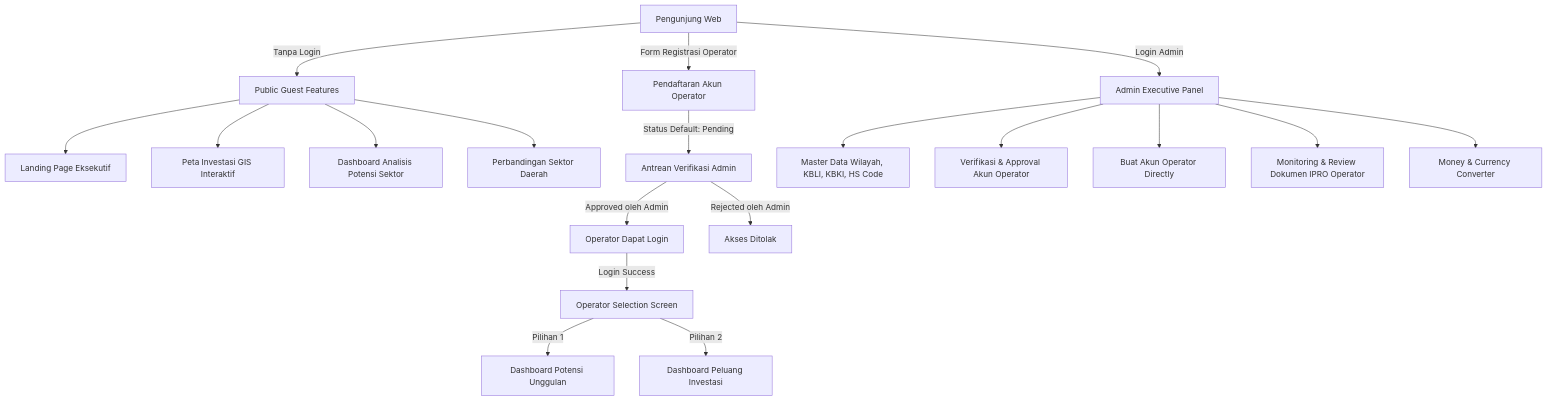
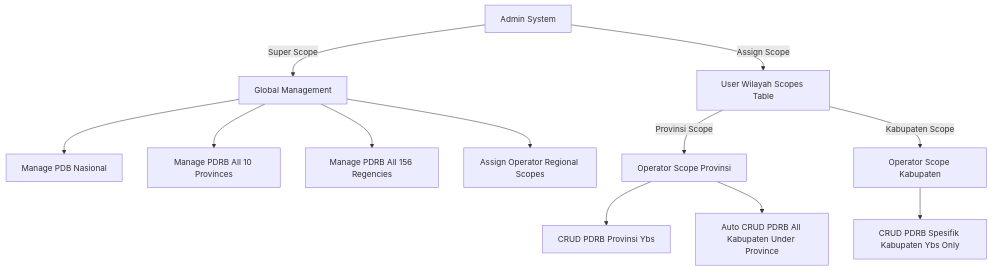
One commit to coderdestroyer/app-desi changed the diagram in PRD.md. Above: the diagram before and after it, drawn with Mermaid. The commit also changed other lines of this file and 1 other file, not shown here.

````diff
--- a/PRD.md
+++ b/PRD.md
@@ -64,24 +33,17 @@
 ```mermaid
 graph TD
-    A[Pengunjung Web] -->|Tanpa Login| B[Public Guest Features]
-    B --> B1[Landing Page Eksekutif]
-    B --> B2[Peta Investasi GIS Interaktif]
-    B --> B3[Dashboard Analisis Potensi Sektor]
-    B --> B4[Perbandingan Sektor Daerah]
+    A[Admin System] -->|Super Scope| B[Global Management]
+    B --> B1[Manage PDB Nasional]
+    B --> B2[Manage PDRB All 10 Provinces]
+    B --> B3[Manage PDRB All 156 Regencies]
+    B --> B4[Assign Operator Regional Scopes]
     
-    A -->|Form Registrasi Operator| C[Pendaftaran Akun Operator]
-    C -->|Status Default: Pending| D[Antrean Verifikasi Admin]
-    D -->|Approved oleh Admin| E[Operator Dapat Login]
-    D -->|Rejected oleh Admin| F[Akses Ditolak]
+    A -->|Assign Scope| C[User Wilayah Scopes Table]
     
-    E -->|Login Success| G[Operator Selection Screen]
-    G -->|Pilihan 1| G1[Dashboard Potensi Unggulan]
-    G -->|Pilihan 2| G2[Dashboard Peluang Investasi]
+    C -->|Provinsi Scope| D[Operator Scope Provinsi]
+    D --> D1[CRUD PDRB Provinsi Ybs]
+    D --> D2[Auto CRUD PDRB All Kabupaten Under Province]
     
-    A -->|Login Admin| H[Admin Executive Panel]
-    H --> H1[Master Data Wilayah, KBLI, KBKI, HS Code]
-    H --> H2[Verifikasi & Approval Akun Operator]
-    H --> H3[Buat Akun Operator Directly]
-    H --> H4[Monitoring & Review Dokumen IPRO Operator]
-    H --> H5[Money & Currency Converter]
+    C -->|Kabupaten Scope| E[Operator Scope Kabupaten]
+    E --> E1[CRUD PDRB Spesifik Kabupaten Ybs Only]
 ```
````
